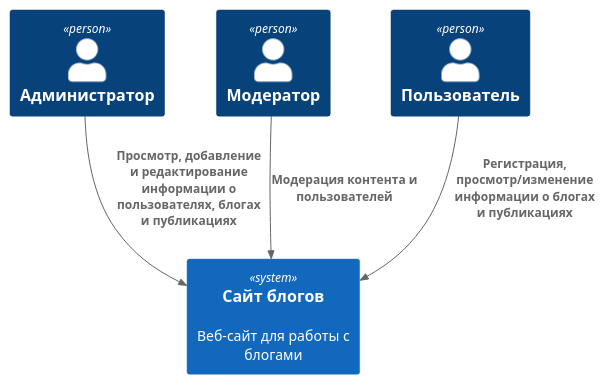
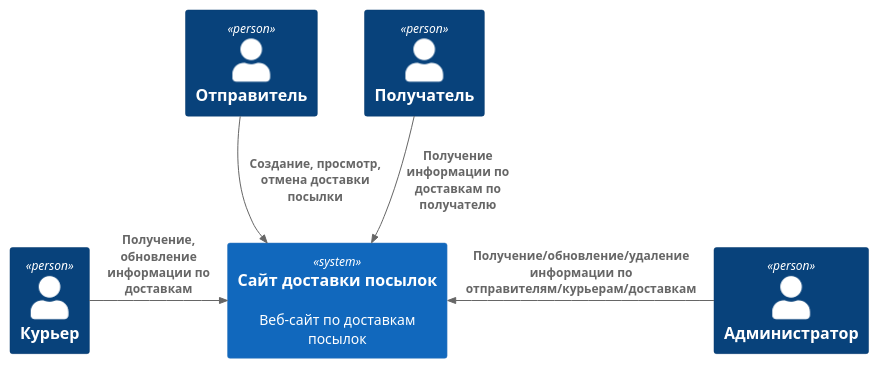
Before and after one commit to KorolevEgor/course-on-high-load-services: the diagram in context.md, drawn with PlantUML. The commit also changed other lines of this file and 2 other files, not shown here.

Commit message:
Реализовал UML-диаграммы

````diff
--- a/context.md
+++ b/context.md
@@ -4,20 +4,18 @@
 ```plantuml
 @startuml
 !include https://raw.githubusercontent.com/plantuml-stdlib/C4-PlantUML/master/C4_Container.puml
 
+Person(sender, "Отправитель")
+Person(courier, "Курьер")
+Person(receiver, "Получатель")
 Person(admin, "Администратор")
-Person(moderator, "Модератор")
-Person(user, "Пользователь")
 
-System(conference_site, "Сайт блогов", "Веб-сайт для работы с блогами")
+System(delivery_site, "Сайт доставки посылок", "Веб-сайт по доставкам посылок")
 
-
-
-Rel(admin, conference_site, "Просмотр, добавление и редактирование информации о пользователях, блогах и публикациях")
-Rel(moderator, conference_site, "Модерация контента и пользователей")
-Rel(user, conference_site, "Регистрация, просмотр/изменение информации о блогах и публикациях")
-
-
+Rel(sender, delivery_site, "Создание, просмотр, отмена доставки посылки")
+Rel(receiver, delivery_site, "Получение информации по доставкам по получателю")
+Rel_R(courier, delivery_site, "Получение, обновление информации по доставкам")
+Rel_L(admin, delivery_site, "Получение/обновление/удаление информации по отправителям/курьерам/доставкам")
 
 @enduml
 ```
````
